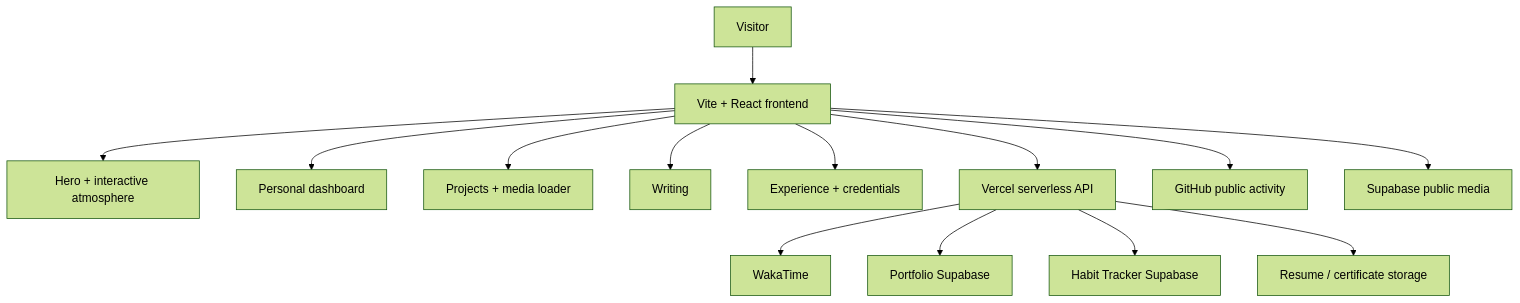
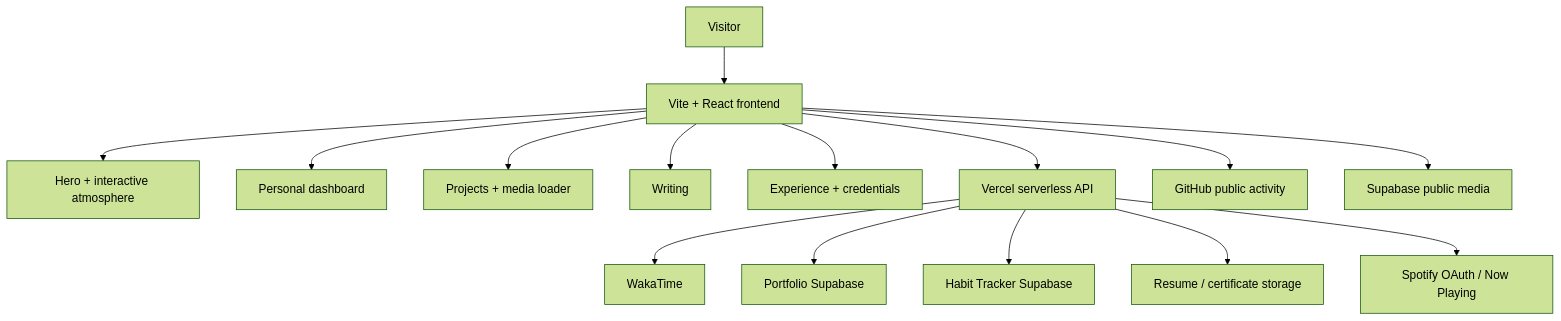
Before and after one commit to TheNityant/MY_PORTFOLIO: the diagram in README.md, drawn with Mermaid (forest theme). The commit also changed other lines of this file, not shown here.

````diff
--- a/README.md
+++ b/README.md
@@ -62,20 +62,21 @@
 ```mermaid
 flowchart TD
     U[Visitor] --> UI[Vite + React frontend]
 
     UI --> HERO[Hero + interactive atmosphere]
     UI --> DASH[Personal dashboard]
     UI --> PROJ[Projects + media loader]
     UI --> WRITE[Writing]
     UI --> EXP[Experience + credentials]
 
     UI --> API[Vercel serverless API]
 
     API --> WAKA[WakaTime]
     API --> PORTFOLIO_DB[Portfolio Supabase]
     API --> HABIT_DB[Habit Tracker Supabase]
     API --> RESUME[Resume / certificate storage]
 
+    API --> SPOTIFY[Spotify OAuth / Now Playing]
     UI --> GITHUB[GitHub public activity]
     UI --> MEDIA[Supabase public media]
 ```
````
